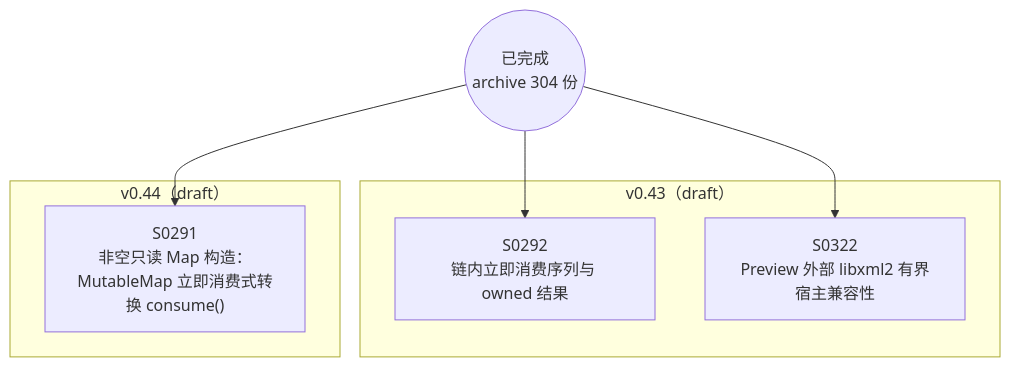
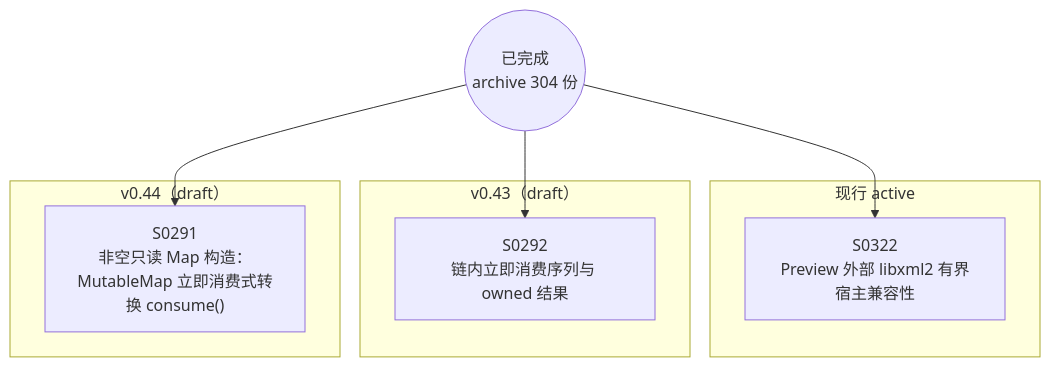
One commit to Halckon/Koven changed the diagram in docs/specs/dependency-graph.md. Above: the diagram before and after it, drawn with Mermaid. The commit also changed other lines of this file and 8 other files, not shown here.

````diff
--- a/docs/specs/dependency-graph.md
+++ b/docs/specs/dependency-graph.md
@@ -9,14 +9,16 @@
 ```mermaid
 flowchart TD
 ARCH(("已完成<br/>archive 304 份"))
+subgraph Gactive["现行 active"]
+  S0322["S0322<br/>Preview 外部 libxml2 有界宿主兼容性"]
+end
 subgraph Gdrafts_v043["v0.43（draft）"]
   S0292["S0292<br/>链内立即消费序列与 owned 结果"]
-  S0322["S0322<br/>Preview 外部 libxml2 有界宿主兼容性"]
 end
 subgraph Gdrafts_v044["v0.44（draft）"]
   S0291["S0291<br/>非空只读 Map 构造：MutableMap 立即消费式转换 consume()"]
 end
 ARCH --> S0291
 ARCH --> S0292
 ARCH --> S0322
 ```
````
